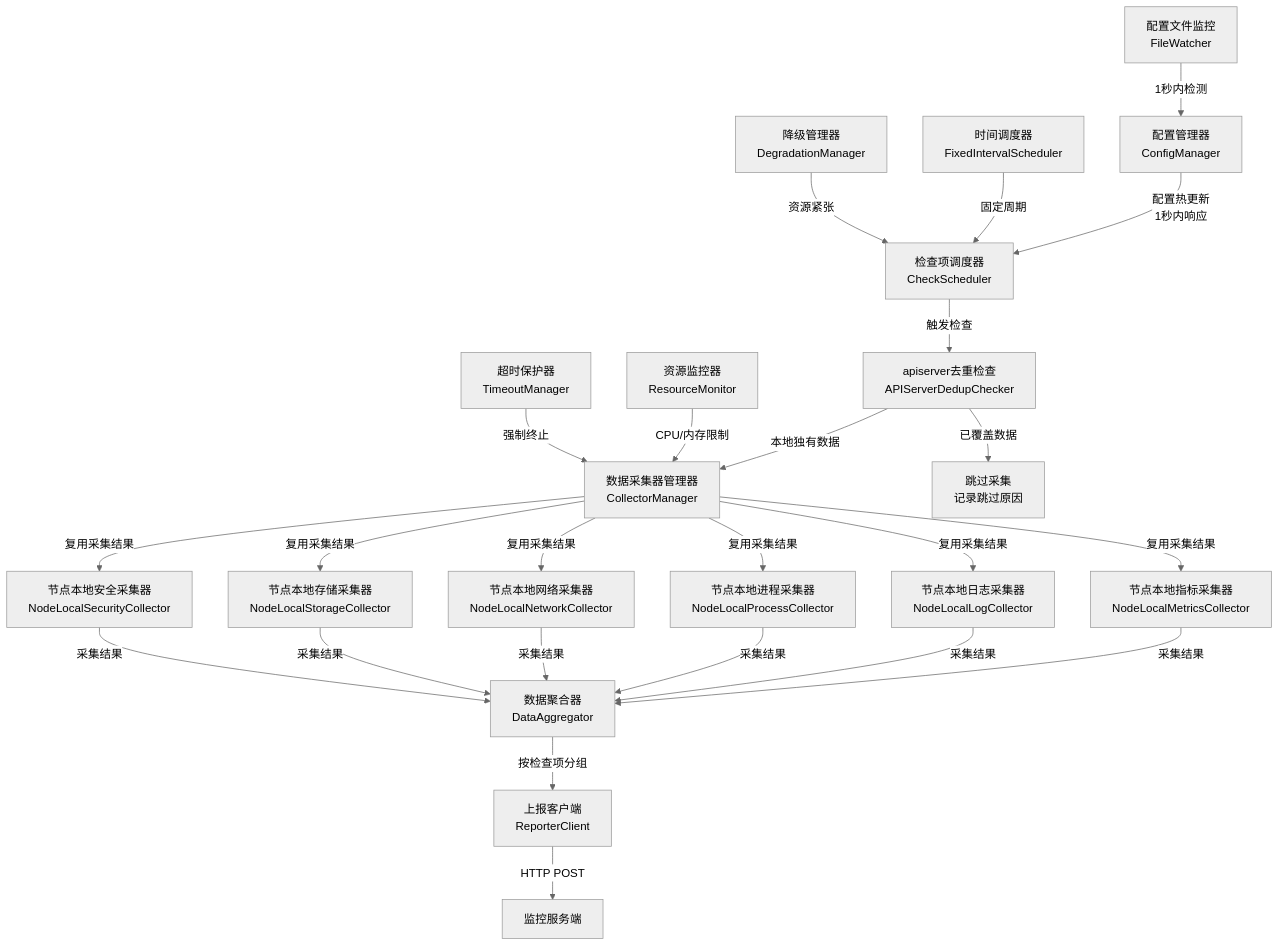
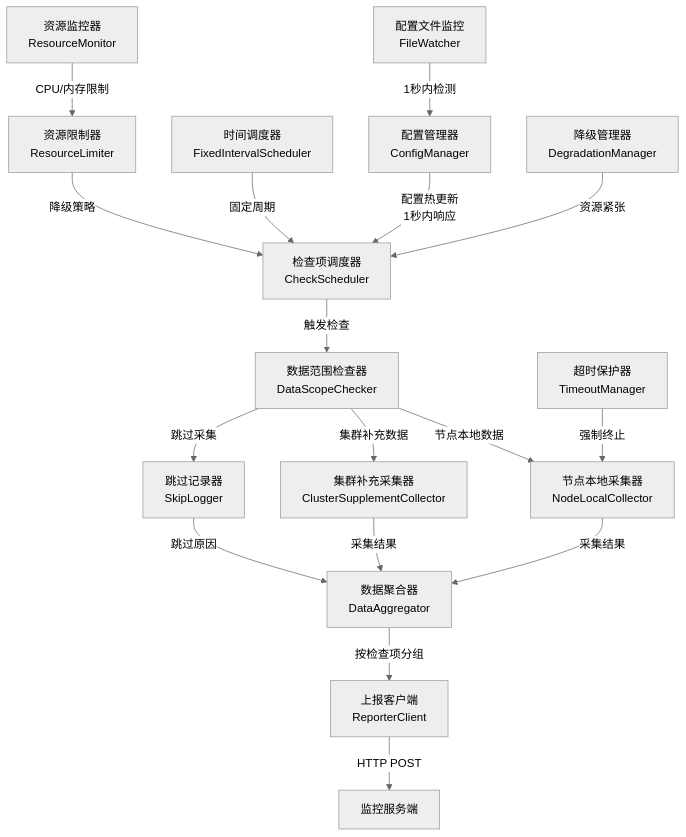
Before and after one commit to miaoyq/node-diagnostor: the first of 7 diagrams in .kiro/specs/k8s-node-diagnostor/design.md, drawn with Mermaid (neutral theme). The commit also changed other lines of this file and 76 other files, not shown here.

````diff
--- a/.kiro/specs/k8s-node-diagnostor/design.md
+++ b/.kiro/specs/k8s-node-diagnostor/design.md
@@ -16,27 +17,23 @@
 ```mermaid
 flowchart TD
     A[配置管理器<br/>ConfigManager] -->|配置热更新<br/>1秒内响应| B[检查项调度器<br/>CheckScheduler]
-    B -->|触发检查| C[apiserver去重检查<br/>APIServerDedupChecker]
-    C -->|本地独有数据| D[数据采集器管理器<br/>CollectorManager]
-    C -->|已覆盖数据| E[跳过采集<br/>记录跳过原因]
-    D -->|复用采集结果| F[节点本地指标采集器<br/>NodeLocalMetricsCollector]
-    D -->|复用采集结果| G[节点本地日志采集器<br/>NodeLocalLogCollector]
-    D -->|复用采集结果| H[节点本地进程采集器<br/>NodeLocalProcessCollector]
-    D -->|复用采集结果| I[节点本地网络采集器<br/>NodeLocalNetworkCollector]
-    D -->|复用采集结果| J[节点本地存储采集器<br/>NodeLocalStorageCollector]
-    D -->|复用采集结果| K[节点本地安全采集器<br/>NodeLocalSecurityCollector]
-    F -->|采集结果| L[数据聚合器<br/>DataAggregator]
-    G -->|采集结果| L
-    H -->|采集结果| L
-    I -->|采集结果| L
-    J -->|采集结果| L
-    K -->|采集结果| L
-    L -->|按检查项分组| M[上报客户端<br/>ReporterClient]
-    M -->|HTTP POST| N[监控服务端]
+    B -->|触发检查| C[数据范围检查器<br/>DataScopeChecker]
     
-    O[配置文件监控<br/>FileWatcher] -->|1秒内检测| A
-    P[时间调度器<br/>FixedIntervalScheduler] -->|固定周期| B
-    Q[资源监控器<br/>ResourceMonitor] -->|CPU/内存限制| D
-    R[超时保护器<br/>TimeoutManager] -->|强制终止| D
-    S[降级管理器<br/>DegradationManager] -->|资源紧张| B
+    C -->|节点本地数据| D[节点本地采集器<br/>NodeLocalCollector]
+    C -->|集群补充数据| E[集群补充采集器<br/>ClusterSupplementCollector]
+    C -->|跳过采集| F[跳过记录器<br/>SkipLogger]
+    
+    D -->|采集结果| G[数据聚合器<br/>DataAggregator]
+    E -->|采集结果| G
+    F -->|跳过原因| G
+    
+    G -->|按检查项分组| H[上报客户端<br/>ReporterClient]
+    H -->|HTTP POST| I[监控服务端]
+    
+    J[配置文件监控<br/>FileWatcher] -->|1秒内检测| A
+    K[时间调度器<br/>FixedIntervalScheduler] -->|固定周期| B
+    L[资源监控器<br/>ResourceMonitor] -->|CPU/内存限制| M[资源限制器<br/>ResourceLimiter]
+    M -->|降级策略| B
+    N[超时保护器<br/>TimeoutManager] -->|强制终止| D
+    O[降级管理器<br/>DegradationManager] -->|资源紧张| B
 ```
````
